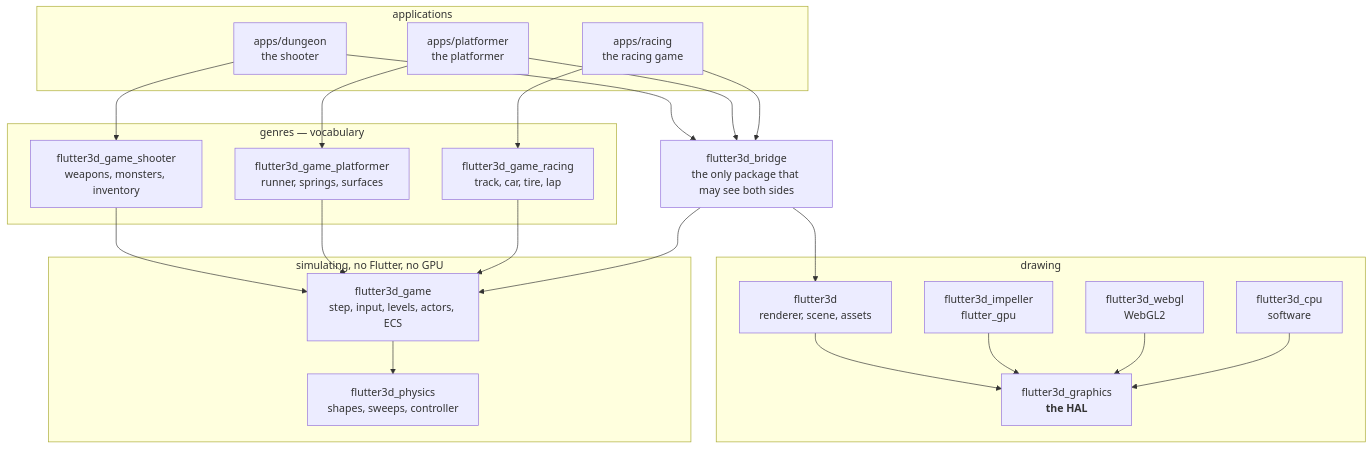
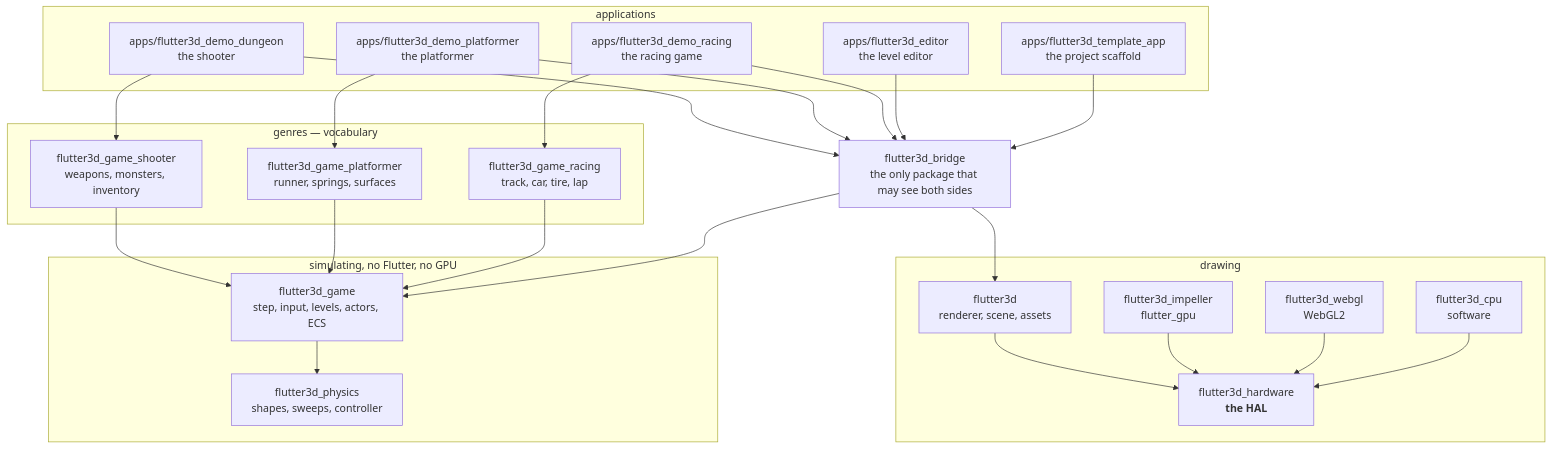
One commit to pleiondev/flutter3d changed the diagram in site/content/index.md. Above: the diagram before and after it, drawn with Mermaid. The commit also changed other lines of this file and 33 other files, not shown here.

````diff
--- a/site/content/index.md
+++ b/site/content/index.md
@@ -76,42 +76,46 @@
 ```mermaid
 flowchart TB
   subgraph app["applications"]
-    dungeon["apps/dungeon<br>the shooter"]
-    platformer["apps/platformer<br>the platformer"]
-    racing["apps/racing<br>the racing game"]
+    dungeon["apps/flutter3d_demo_dungeon<br>the shooter"]
+    platformer["apps/flutter3d_demo_platformer<br>the platformer"]
+    racing["apps/flutter3d_demo_racing<br>the racing game"]
+    editor["apps/flutter3d_editor<br>the level editor"]
+    templateApp["apps/flutter3d_template_app<br>the project scaffold"]
   end
 
   subgraph genre["genres — vocabulary"]
     shooter["flutter3d_game_shooter<br>weapons, monsters, inventory"]
     plat["flutter3d_game_platformer<br>runner, springs, surfaces"]
     race["flutter3d_game_racing<br>track, car, tire, lap"]
   end
 
   bridge["flutter3d_bridge<br>the only package that may see both sides"]
 
   subgraph draw["drawing"]
     f3d["flutter3d<br>renderer, scene, assets"]
-    gfx["flutter3d_graphics<br><b>the HAL</b>"]
+    gfx["flutter3d_hardware<br><b>the HAL</b>"]
     impeller["flutter3d_impeller<br>flutter_gpu"]
     webgl["flutter3d_webgl<br>WebGL2"]
     cpu["flutter3d_cpu<br>software"]
   end
 
   subgraph sim["simulating, no Flutter, no GPU"]
     game["flutter3d_game<br>step, input, levels, actors, ECS"]
     physics["flutter3d_physics<br>shapes, sweeps, controller"]
   end
 
   dungeon --> shooter & bridge
   platformer --> plat & bridge
   racing --> race & bridge
+  editor --> bridge
+  templateApp --> bridge
   shooter --> game
   plat --> game
   race --> game
   bridge --> f3d & game
   f3d --> gfx
   impeller --> gfx
   webgl --> gfx
   cpu --> gfx
   game --> physics
 ```
````
